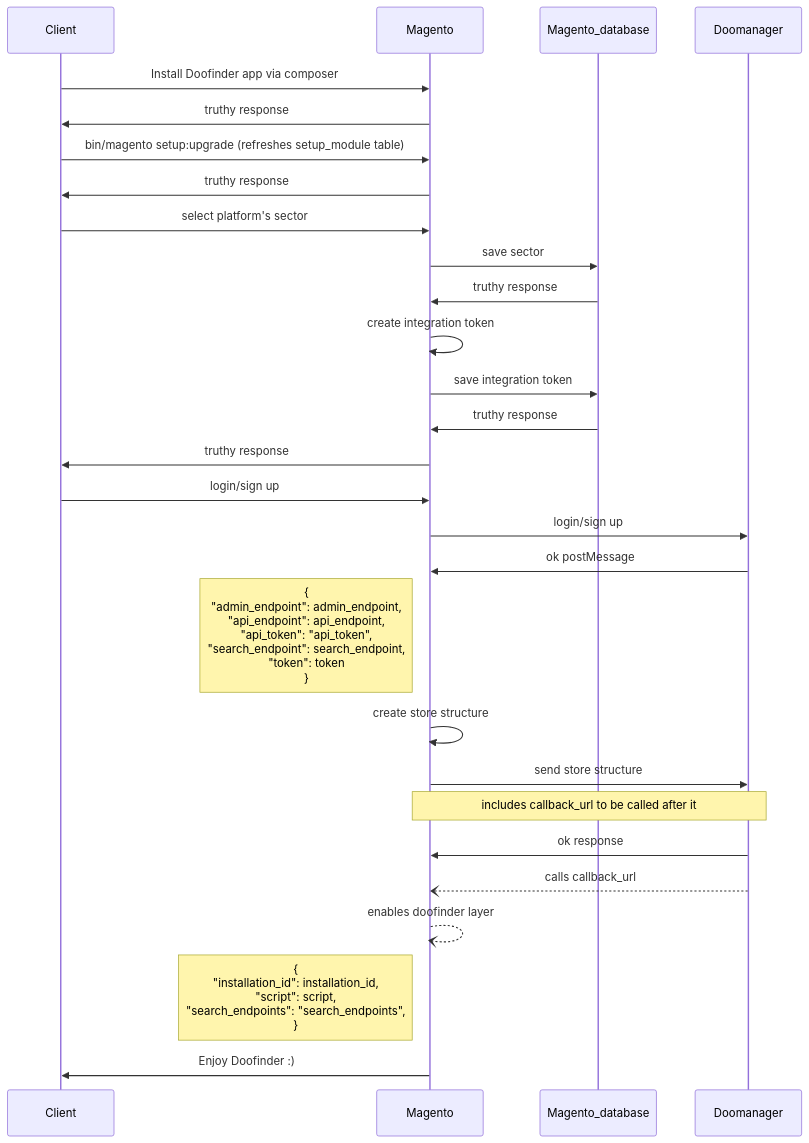
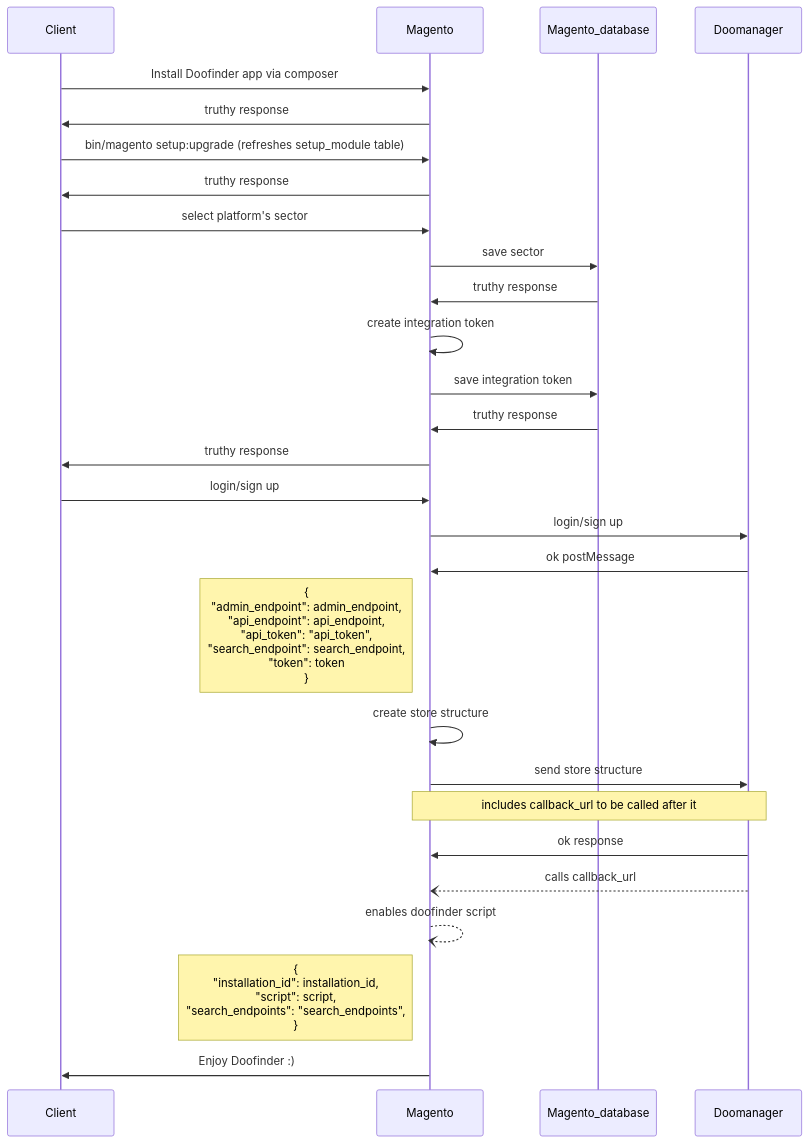
One commit to doofinder/doofinder-magento2 changed the first of 3 diagrams in magento_architecture.md. Above: the diagram before and after it, drawn with Mermaid. The commit also changed 4 other files, not shown here.

````diff
--- a/magento_architecture.md
+++ b/magento_architecture.md
@@ -15,26 +15,26 @@
 ```mermaid
 sequenceDiagram
   Client ->> Magento: Install Doofinder app via composer
   Magento ->> Client: truthy response
   Client ->> Magento: bin/magento setup:upgrade (refreshes setup_module table)
   Magento ->> Client: truthy response
   Client ->> Magento: select platform's sector
   Magento ->> Magento_database: save sector
   Magento_database ->> Magento: truthy response
   Magento ->> Magento: create integration token
   Magento ->> Magento_database: save integration token
   Magento_database ->> Magento: truthy response
   Magento ->> Client: truthy response
   Client ->> Magento: login/sign up
   Magento ->> Doomanager: login/sign up
   Doomanager ->> Magento: ok postMessage
   Note left of Magento: {<br/>"admin_endpoint": admin_endpoint,<br/>"api_endpoint": api_endpoint,<br/>"api_token": "api_token",<br/>"search_endpoint": search_endpoint,<br/>"token": token<br/>}
   Magento ->> Magento: create store structure
   Magento ->> Doomanager: send store structure
   Note over Magento,Doomanager: includes callback_url to be called after it
   Doomanager ->> Magento: ok response
   Doomanager --) Magento: calls callback_url
-  Magento --) Magento: enables doofinder layer
+  Magento --) Magento: enables doofinder script
   Note left of Magento: {<br/>"installation_id": installation_id,<br/>"script": script,<br/>"search_endpoints": "search_endpoints",<br/>}
   Magento ->> Client: Enjoy Doofinder :)
 ```
````
